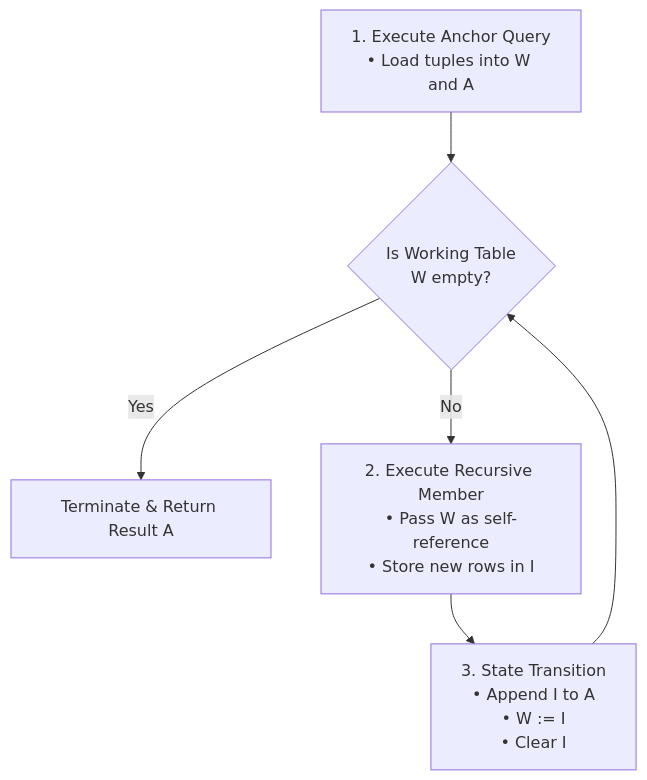
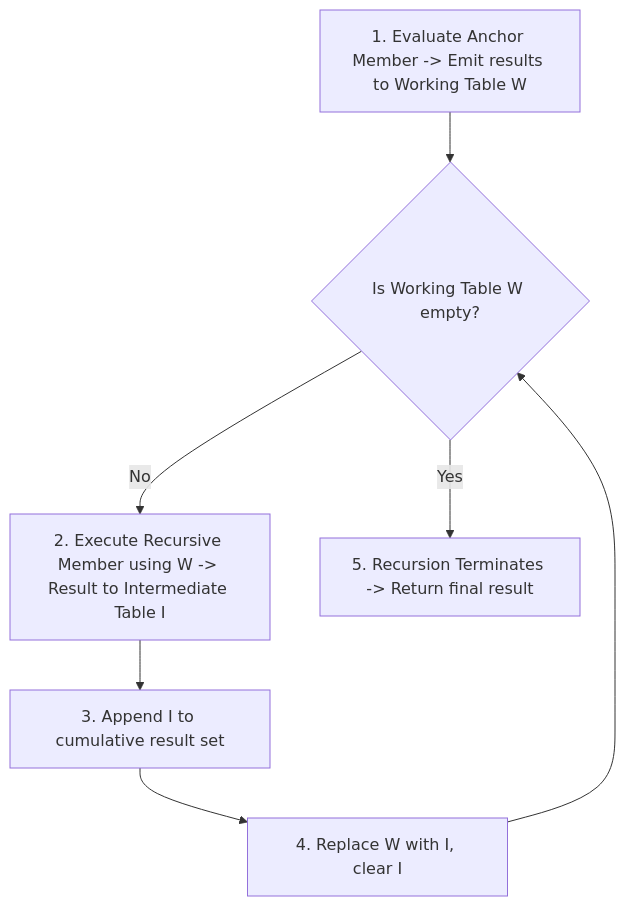
The first of 2 diagrams in technologies/postgres/modules/04-advanced-sql-ctes-and-window-functions.md (espoem/zero-to-one), drawn with Mermaid before and after one commit. The commit also changed other lines of this file and 43 other files, not shown here.

````diff
--- a/technologies/postgres/modules/04-advanced-sql-ctes-and-window-functions.md
+++ b/technologies/postgres/modules/04-advanced-sql-ctes-and-window-functions.md
@@ -128,8 +80,10 @@
 ```mermaid
 flowchart TD
-    Init["1. Execute Anchor Query<br/>• Load tuples into W and A"] --> CheckEmpty{"Is Working Table<br/>W empty?"}
-    CheckEmpty -- Yes --> Done["Terminate & Return Result A"]
-    CheckEmpty -- No --> ExecRec["2. Execute Recursive Member<br/>• Pass W as self-reference<br/>• Store new rows in I"]
-    ExecRec --> Swap["3. State Transition<br/>• Append I to A<br/>• W := I<br/>• Clear I"]
+    Anchor["1. Evaluate Anchor Member -> Emit results to Working Table W"]
+    Anchor --> CheckEmpty{"Is Working Table W empty?"}
+    CheckEmpty -->|No| Rec["2. Execute Recursive Member using W -> Result to Intermediate Table I"]
+    Rec --> Append["3. Append I to cumulative result set"]
+    Append --> Swap["4. Replace W with I, clear I"]
     Swap --> CheckEmpty
+    CheckEmpty -->|Yes| Finish["5. Recursion Terminates -> Return final result"]
 ```
````
